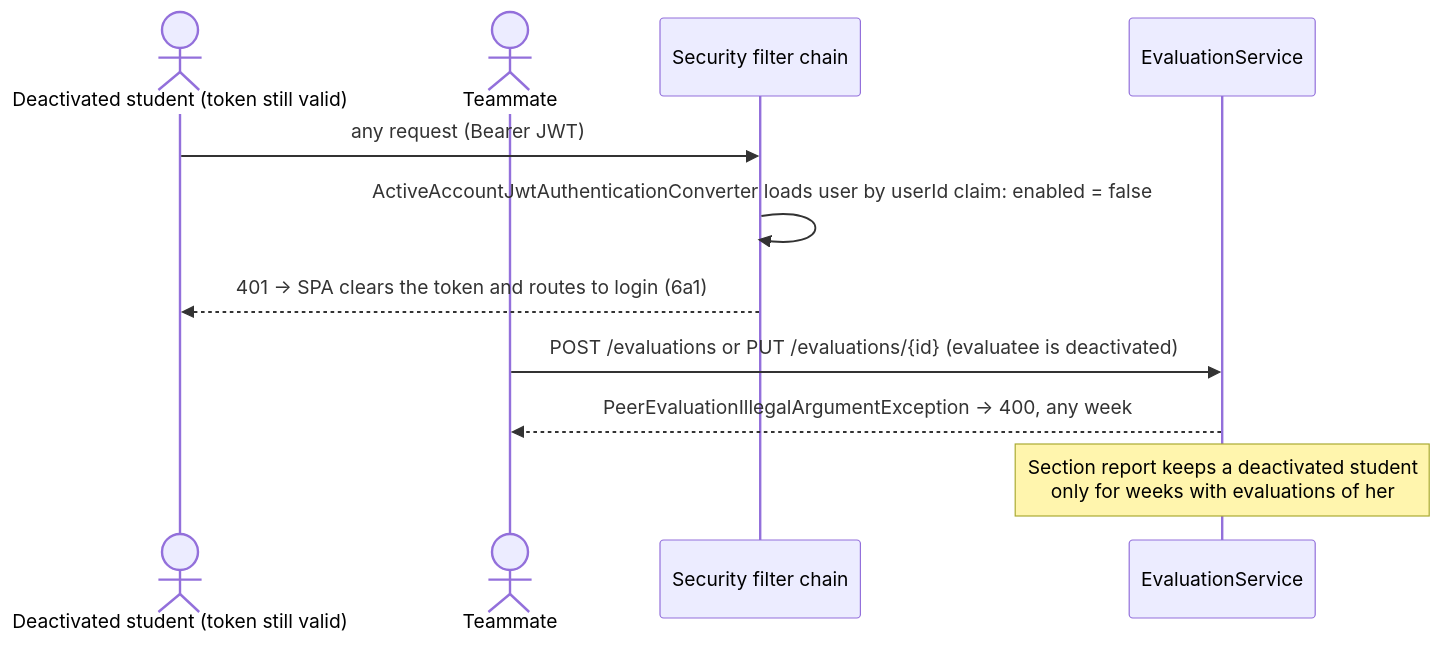
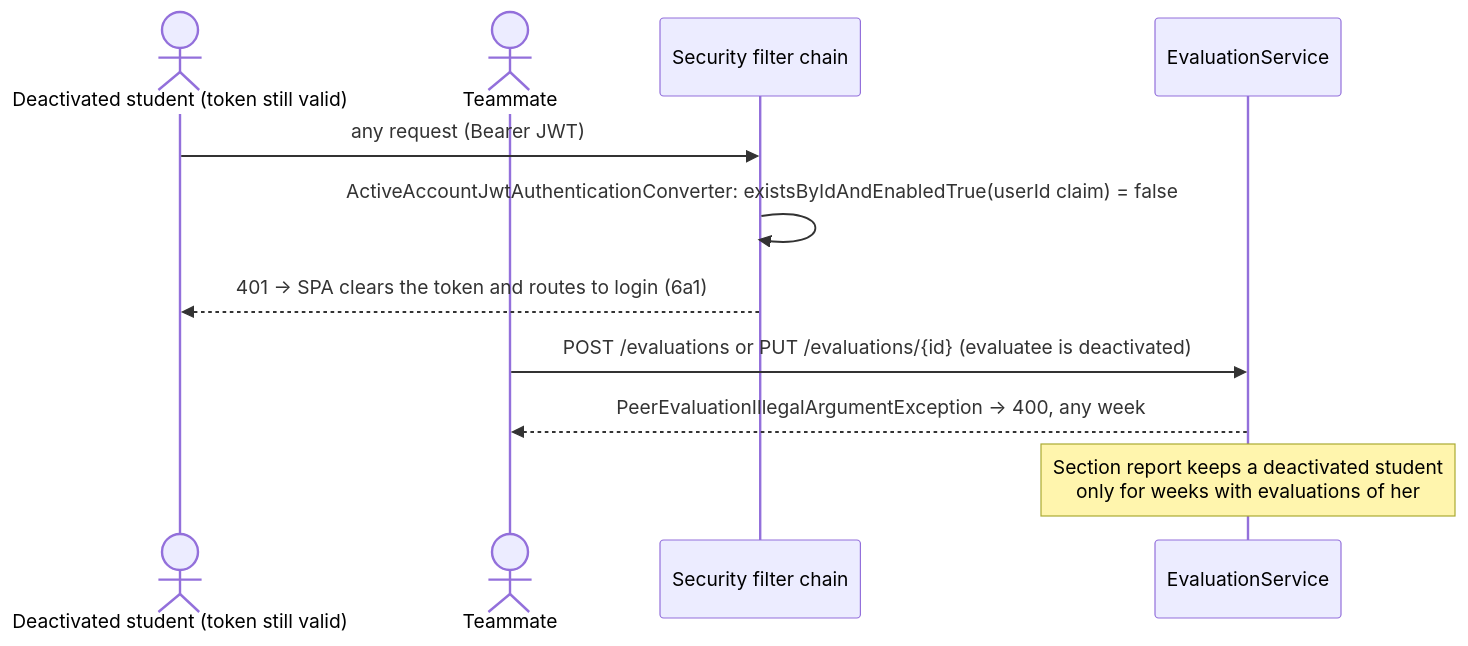
The third of 3 diagrams in docs/design/stu.md (Exons26/add-a-use-case), drawn with Mermaid before and after one commit. The commit also changed other lines of this file and 1 other file, not shown here.

````diff
--- a/docs/design/stu.md
+++ b/docs/design/stu.md
@@ -119,13 +120,13 @@
 ```mermaid
 sequenceDiagram
     actor St as Deactivated student (token still valid)
     actor Tm as Teammate
     participant F as Security filter chain
     participant E as EvaluationService
     St->>F: any request (Bearer JWT)
-    F->>F: ActiveAccountJwtAuthenticationConverter loads user by userId claim: enabled = false
+    F->>F: ActiveAccountJwtAuthenticationConverter: existsByIdAndEnabledTrue(userId claim) = false
     F-->>St: 401 → SPA clears the token and routes to login (6a1)
     Tm->>E: POST /evaluations or PUT /evaluations/{id} (evaluatee is deactivated)
     E-->>Tm: PeerEvaluationIllegalArgumentException → 400, any week
     Note over E: Section report keeps a deactivated student<br/>only for weeks with evaluations of her
 ```
````
